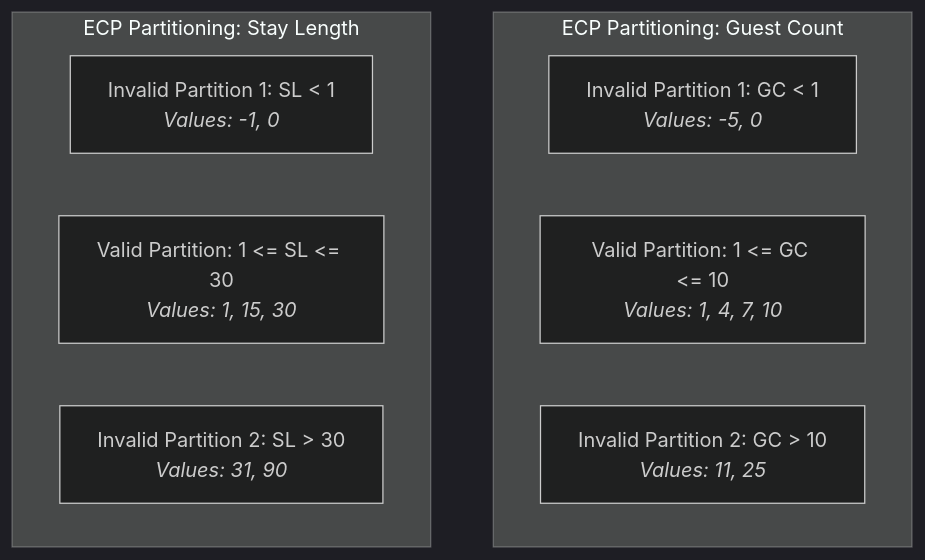
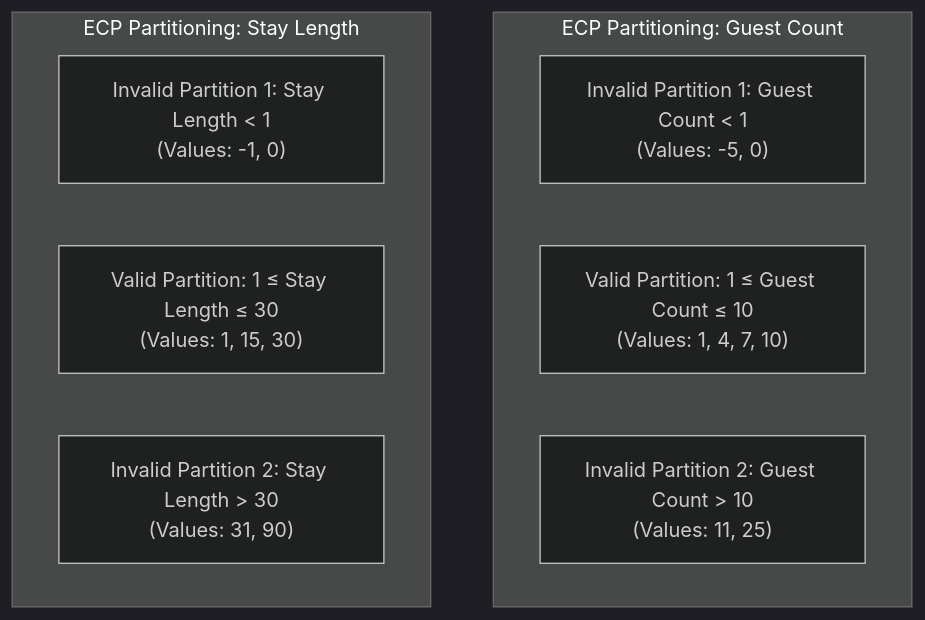
One commit to MSB-io/HomeStay changed the second of 2 diagrams in docs/05_Test_Plan_and_Evidence.md. Above: the diagram before and after it, drawn with Mermaid (dark theme). The commit also changed 3 other files, not shown here.

Commit message:
Fix: ensure 100% compliant Mermaid diagram syntax and universal rendering

````diff
--- a/docs/05_Test_Plan_and_Evidence.md
+++ b/docs/05_Test_Plan_and_Evidence.md
@@ -69,14 +69,14 @@
 ```mermaid
 graph TD
-    subgraph ECP Partitioning: Guest Count
-        GC_InvLow[Invalid Partition 1: GC < 1<br/><i>Values: -5, 0</i>]
-        GC_Valid[Valid Partition: 1 <= GC <= 10<br/><i>Values: 1, 4, 7, 10</i>]
-        GC_InvHigh[Invalid Partition 2: GC > 10<br/><i>Values: 11, 25</i>]
+    subgraph GC_Group ["ECP Partitioning: Guest Count"]
+        GC_InvLow["Invalid Partition 1: Guest Count &lt; 1<br/>(Values: -5, 0)"]
+        GC_Valid["Valid Partition: 1 &le; Guest Count &le; 10<br/>(Values: 1, 4, 7, 10)"]
+        GC_InvHigh["Invalid Partition 2: Guest Count &gt; 10<br/>(Values: 11, 25)"]
     end
 
-    subgraph ECP Partitioning: Stay Length
-        SL_InvLow[Invalid Partition 1: SL < 1<br/><i>Values: -1, 0</i>]
-        SL_Valid[Valid Partition: 1 <= SL <= 30<br/><i>Values: 1, 15, 30</i>]
-        SL_InvHigh[Invalid Partition 2: SL > 30<br/><i>Values: 31, 90</i>]
+    subgraph SL_Group ["ECP Partitioning: Stay Length"]
+        SL_InvLow["Invalid Partition 1: Stay Length &lt; 1<br/>(Values: -1, 0)"]
+        SL_Valid["Valid Partition: 1 &le; Stay Length &le; 30<br/>(Values: 1, 15, 30)"]
+        SL_InvHigh["Invalid Partition 2: Stay Length &gt; 30<br/>(Values: 31, 90)"]
     end
 ```
````
